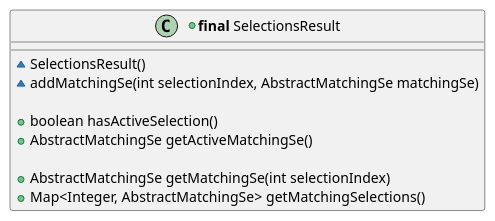
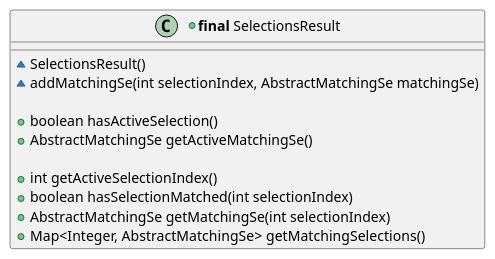
The sixth of 8 diagrams in src/KeypleCoreApi/ApplicationApi/puml/KeypleCore-ApplicationApi-ClassDiag-Selection-ClassElements.iuml (calypsonet/keyple), drawn with PlantUML before and after one commit. The commit also changed 2 other files, not shown here.

```diff
--- a/src/KeypleCoreApi/ApplicationApi/puml/KeypleCore-ApplicationApi-ClassDiag-Selection-ClassElements.iuml
+++ b/src/KeypleCoreApi/ApplicationApi/puml/KeypleCore-ApplicationApi-ClassDiag-Selection-ClassElements.iuml
@@ -109,12 +109,14 @@
 @startuml(id=SELECTION_RESULT_0_9)
 +class "<b>final</b> SelectionsResult" as SelectionsResult {
   ~SelectionsResult()
   ~addMatchingSe(int selectionIndex, AbstractMatchingSe matchingSe)
 
   +boolean hasActiveSelection()
   +AbstractMatchingSe getActiveMatchingSe()
 
+  +int getActiveSelectionIndex()
+  +boolean hasSelectionMatched(int selectionIndex)
   +AbstractMatchingSe getMatchingSe(int selectionIndex)
   +Map<Integer, AbstractMatchingSe> getMatchingSelections()
 }
 @enduml
```
